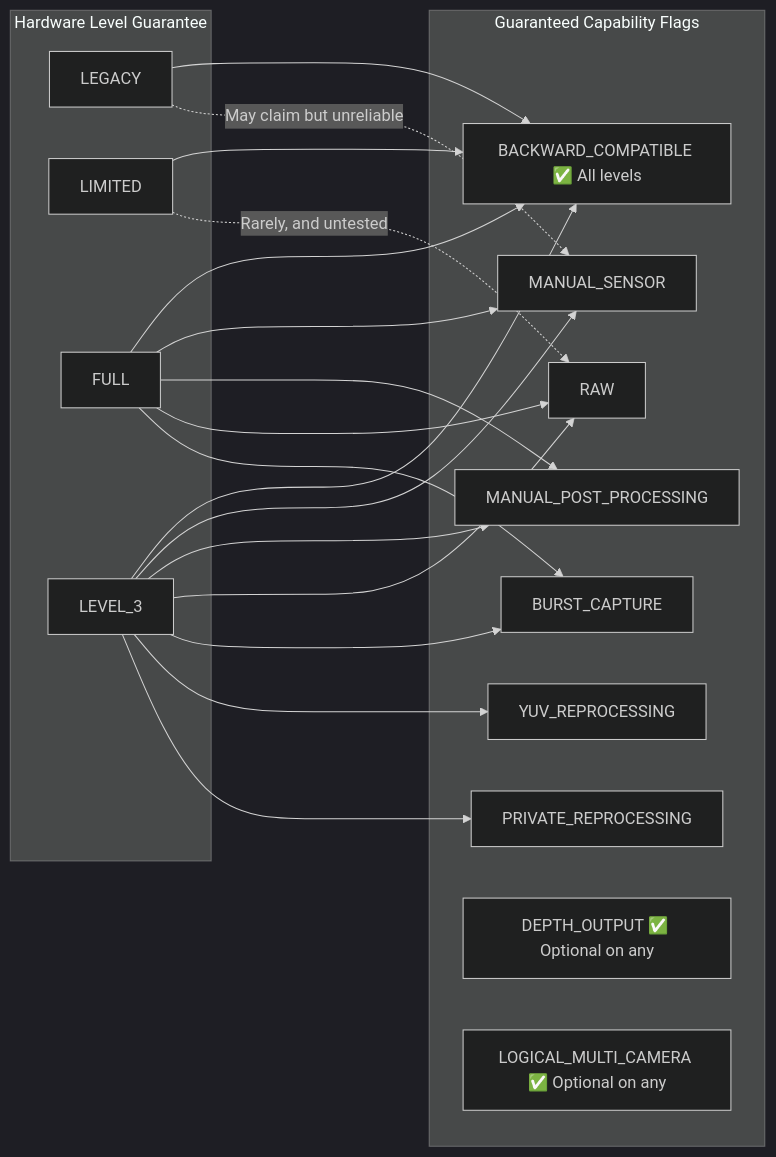
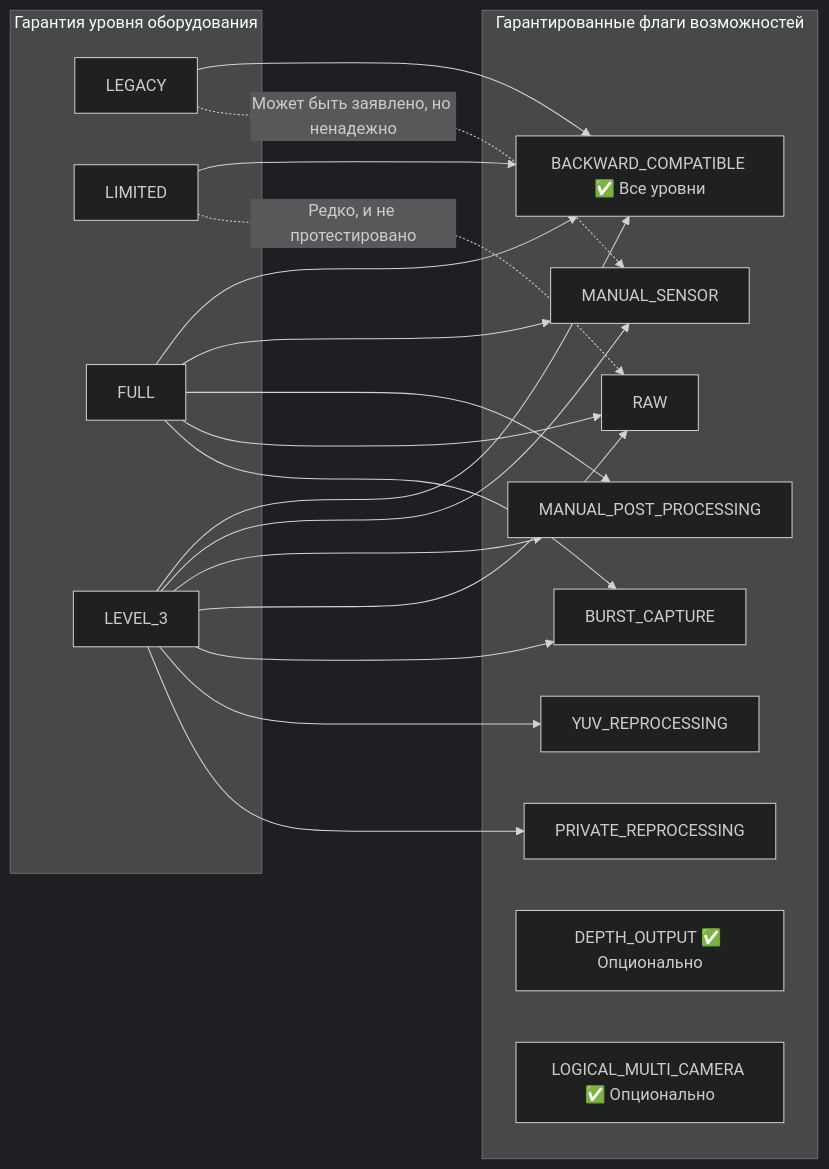
The second of 3 diagrams in website/i18n/ru/docusaurus-plugin-content-docs/current/camera2/cameracharacteristics-deep-dive.md (zoozooll/AndroidCameraParameters), drawn with Mermaid (dark theme) before and after one commit. The commit also changed other lines of this file and 378 other files, not shown here.

````diff
--- a/website/i18n/ru/docusaurus-plugin-content-docs/current/camera2/cameracharacteristics-deep-dive.md
+++ b/website/i18n/ru/docusaurus-plugin-content-docs/current/camera2/cameracharacteristics-deep-dive.md
@@ -137,41 +137,41 @@
 ```mermaid
 flowchart LR
-    subgraph Level["Hardware Level Guarantee"]
+    subgraph Level["Гарантия уровня оборудования"]
         LEG["LEGACY"]
         LIM["LIMITED"]
         FUL["FULL"]
         L3["LEVEL_3"]
     end
 
-    subgraph Cap["Guaranteed Capability Flags"]
-        BC["BACKWARD_COMPATIBLE ✅ All levels"]
+    subgraph Cap["Гарантированные флаги возможностей"]
+        BC["BACKWARD_COMPATIBLE ✅ Все уровни"]
         MS["MANUAL_SENSOR"]
         MP["MANUAL_POST_PROCESSING"]
         RAW["RAW"]
         BURST["BURST_CAPTURE"]
         YUV["YUV_REPROCESSING"]
         PRIV["PRIVATE_REPROCESSING"]
-        DEPTH["DEPTH_OUTPUT ✅ Optional on any"]
-        LMC["LOGICAL_MULTI_CAMERA ✅ Optional on any"]
+        DEPTH["DEPTH_OUTPUT ✅ Опционально"]
+        LMC["LOGICAL_MULTI_CAMERA ✅ Опционально"]
     end
 
     LEG --> BC
     LIM --> BC
     FUL --> BC
     L3 --> BC
 
     FUL --> MS
     FUL --> MP
     FUL --> RAW
     FUL --> BURST
 
     L3 --> MS
     L3 --> MP
     L3 --> RAW
     L3 --> BURST
     L3 --> YUV
     L3 --> PRIV
 
-    LEG -.->|"May claim but unreliable"| MS
-    LIM -.->|"Rarely, and untested"| RAW
+    LEG -.->|"Может быть заявлено, но ненадежно"| MS
+    LIM -.->|"Редко, и не протестировано"| RAW
 ```
````
